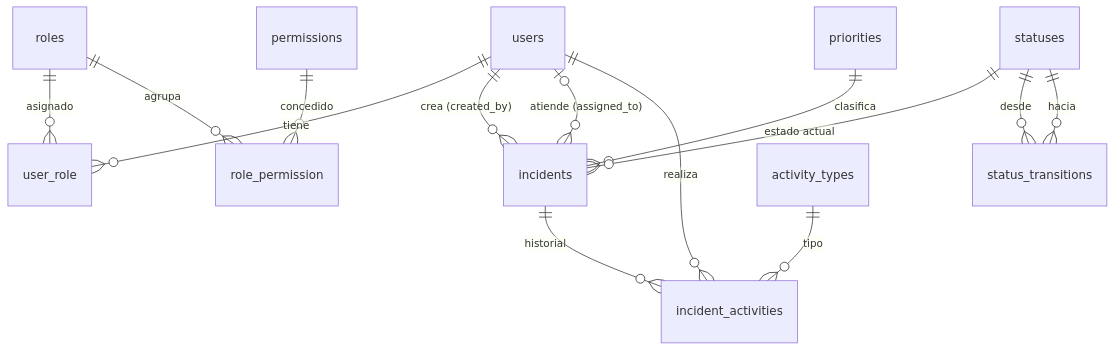
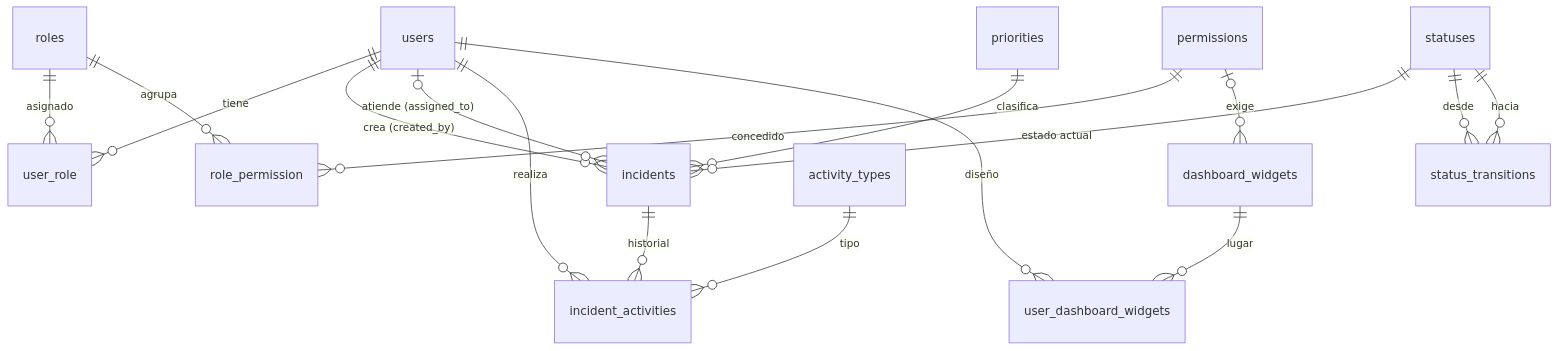
The diagram in docs/base-de-datos/modelo.md (Daniuh/trazo), drawn with Mermaid before and after one commit. The commit also changed other lines of this file and 127 other files, not shown here.

First line of the commit message:
feat(dashboard): resumen con widgets, métricas en caché y sesión sin conexión

````diff
--- a/docs/base-de-datos/modelo.md
+++ b/docs/base-de-datos/modelo.md
@@ -11,16 +11,19 @@
 ```mermaid
 erDiagram
   users ||--o{ user_role : tiene
   roles ||--o{ user_role : asignado
   roles ||--o{ role_permission : agrupa
   permissions ||--o{ role_permission : concedido
   users ||--o{ incidents : "crea (created_by)"
   users |o--o{ incidents : "atiende (assigned_to)"
   priorities ||--o{ incidents : clasifica
   statuses ||--o{ incidents : "estado actual"
   statuses ||--o{ status_transitions : desde
   statuses ||--o{ status_transitions : hacia
   incidents ||--o{ incident_activities : historial
   users ||--o{ incident_activities : realiza
   activity_types ||--o{ incident_activities : tipo
+  permissions |o--o{ dashboard_widgets : "exige"
+  users ||--o{ user_dashboard_widgets : "diseño"
+  dashboard_widgets ||--o{ user_dashboard_widgets : "lugar"
 ```
````
